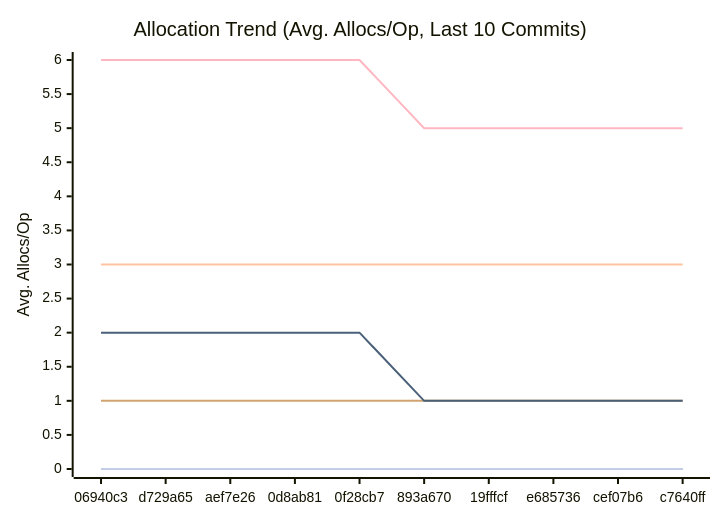
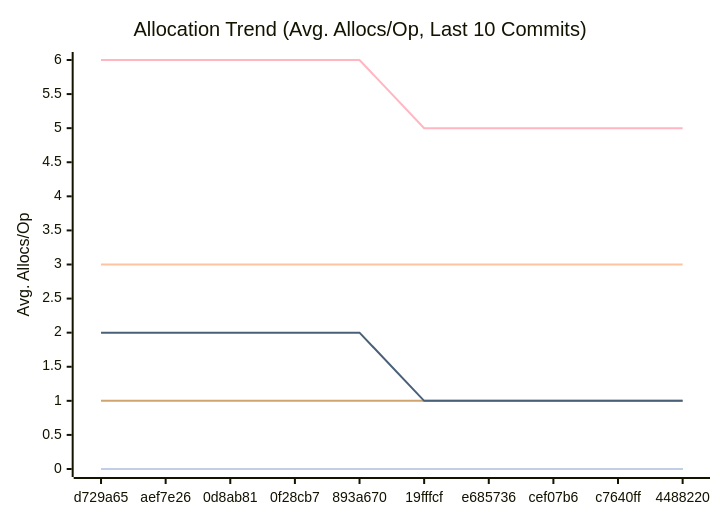
Before and after one commit to alsotoes/momo: the third of 3 diagrams in docs/PERFORMANCE.md, drawn with Mermaid. The commit also changed other lines of this file and 5 other files, not shown here.

````diff
--- a/docs/PERFORMANCE.md
+++ b/docs/PERFORMANCE.md
@@ -114,16 +114,16 @@
 ```mermaid
 xychart-beta
     title "Allocation Trend (Avg. Allocs/Op, Last 10 Commits)"
     x-axis "Commit"
     y-axis "Avg. Allocs/Op"
-    x-axis [06940c3,d729a65,aef7e26,0d8ab81,0f28cb7,893a670,19fffcf,e685736,cef07b6,c7640ff]
+    x-axis [d729a65,aef7e26,0d8ab81,0f28cb7,893a670,19fffcf,e685736,cef07b6,c7640ff,4488220]
     line "CheckMetricsAndSwap" [0,0,0,0,0,0,0,0,0,0]
     line "CrushOptimized" [0,0,0,0,0,0,0,0,0,0]
     line "CrushOriginal" [3,3,3,3,3,3,3,3,3,3]
     line "IndexDirectTracking" [0,0,0,0,0,0,0,0,0,0]
     line "IndexSearch" [0,0,0,0,0,0,0,0,0,0]
     line "LoadGlobalConfig" [1,1,1,1,1,1,1,1,1,1]
     line "PadString" [0,0,0,0,0,0,0,0,0,0]
     line "ParseReplicationOrder_NoPrealloc" [6,6,6,6,6,5,5,5,5,5]
     line "ParseReplicationOrder_Prealloc" [2,2,2,2,2,1,1,1,1,1]
 ```
````
